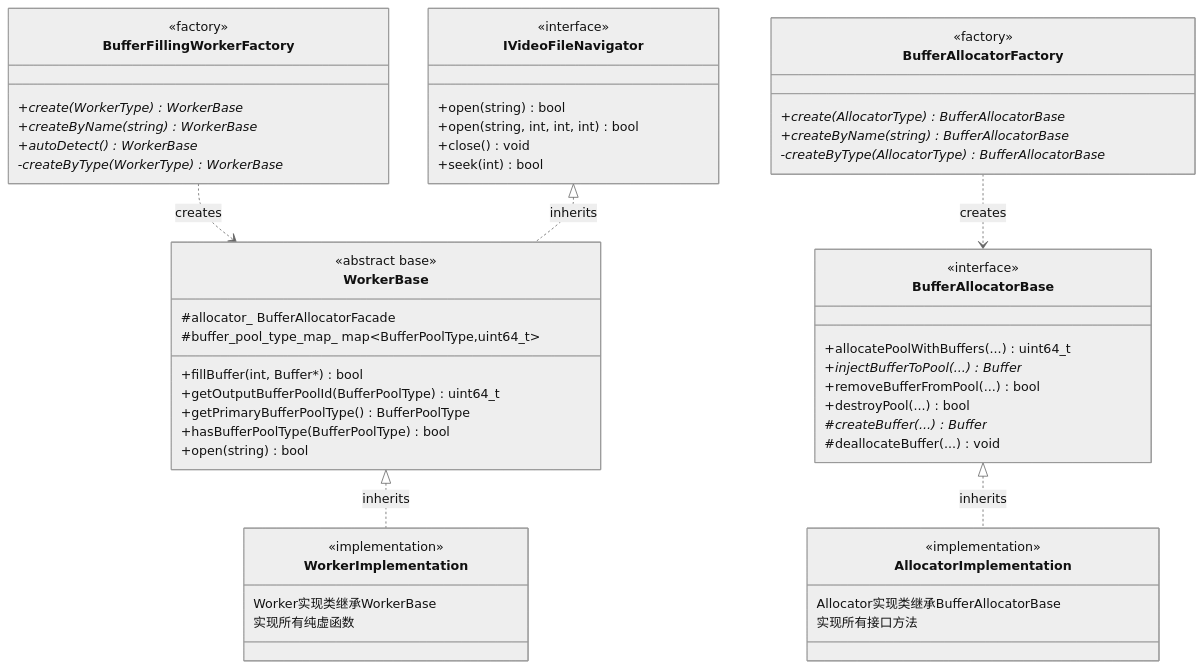
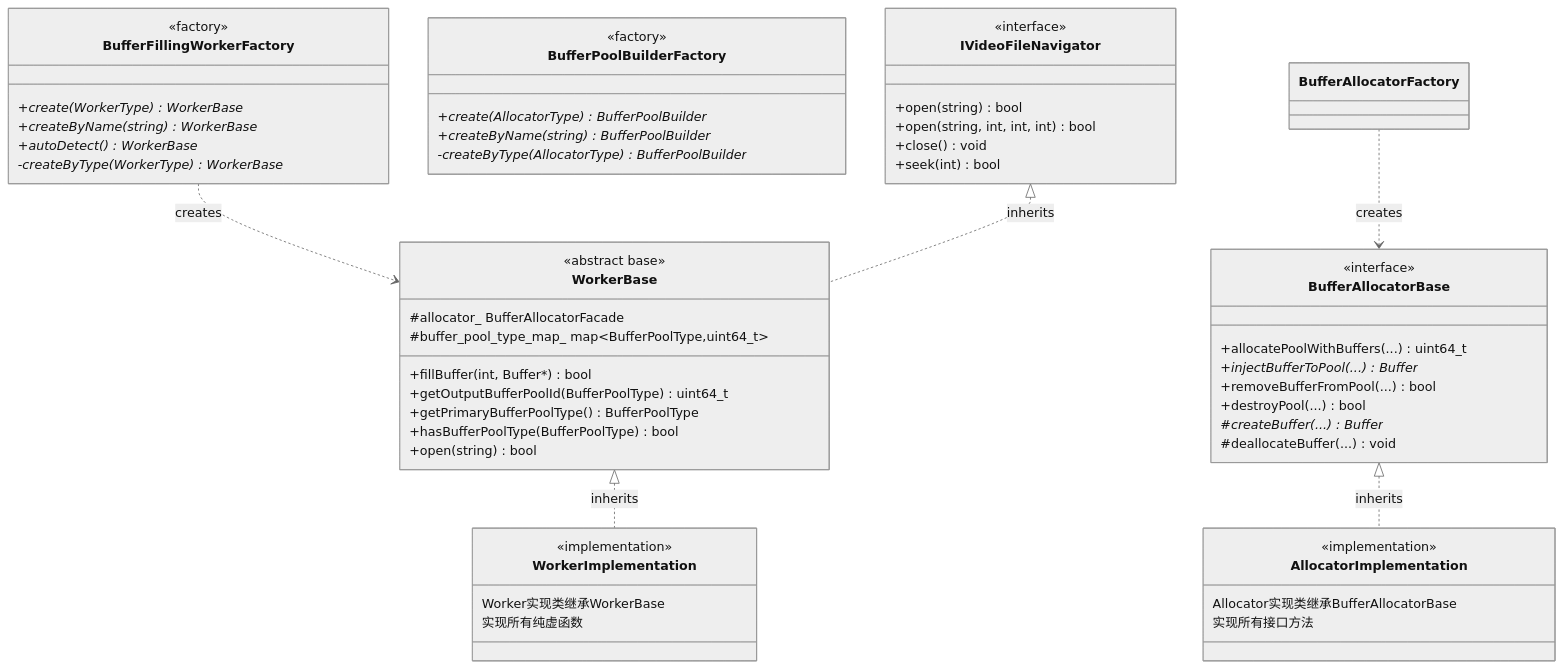
The second of 6 diagrams in ARCHITECTURE.md (luoxiafeng-1990/components), drawn with Mermaid (neutral theme) before and after one commit. The commit also changed other lines of this file and 68 other files, not shown here.

First line of the commit message:
refactor(bufferpool): 将 buffer/pool 模块重组到独立 bufferpool 命名空间

````diff
--- a/ARCHITECTURE.md
+++ b/ARCHITECTURE.md
@@ -2519,64 +1242,64 @@
 ```mermaid
 classDiagram
     class BufferFillingWorkerFactory {
         <<factory>>
         +create(WorkerType) WorkerBase*
         +createByName(string) WorkerBase*
         +autoDetect() WorkerBase*
         -createByType(WorkerType) WorkerBase*
     }
     
-    class BufferAllocatorFactory {
+    class BufferPoolBuilderFactory {
         <<factory>>
-        +create(AllocatorType) BufferAllocatorBase*
-        +createByName(string) BufferAllocatorBase*
-        -createByType(AllocatorType) BufferAllocatorBase*
+        +create(AllocatorType) BufferPoolBuilder*
+        +createByName(string) BufferPoolBuilder*
+        -createByType(AllocatorType) BufferPoolBuilder*
     }
     
     class IVideoFileNavigator {
         <<interface>>
         +open(string) bool
         +open(string, int, int, int) bool
         +close() void
         +seek(int) bool
     }
     
     class BufferAllocatorBase {
         <<interface>>
         +allocatePoolWithBuffers(...) uint64_t
         +injectBufferToPool(...) Buffer*
         +removeBufferFromPool(...) bool
         +destroyPool(...) bool
         #createBuffer(...) Buffer*
         #deallocateBuffer(...) void
     }
     
     class WorkerBase {
         <<abstract base>>
         +fillBuffer(int, Buffer*) bool
         +getOutputBufferPoolId(BufferPoolType) uint64_t
         +getPrimaryBufferPoolType() BufferPoolType
         +hasBufferPoolType(BufferPoolType) bool
         +open(string) bool
         #allocator_ BufferAllocatorFacade
         #buffer_pool_type_map_ map~BufferPoolType,uint64_t~
     }
     
     class WorkerImplementation {
         <<implementation>>
         Worker实现类继承WorkerBase
         实现所有纯虚函数
     }
     
     class AllocatorImplementation {
         <<implementation>>
         Allocator实现类继承BufferAllocatorBase
         实现所有接口方法
     }
     
     BufferFillingWorkerFactory ..> WorkerBase : creates
     BufferAllocatorFactory ..> BufferAllocatorBase : creates
     IVideoFileNavigator <|.. WorkerBase : inherits
     WorkerBase <|.. WorkerImplementation : inherits
     BufferAllocatorBase <|.. AllocatorImplementation : inherits
 ```
````
